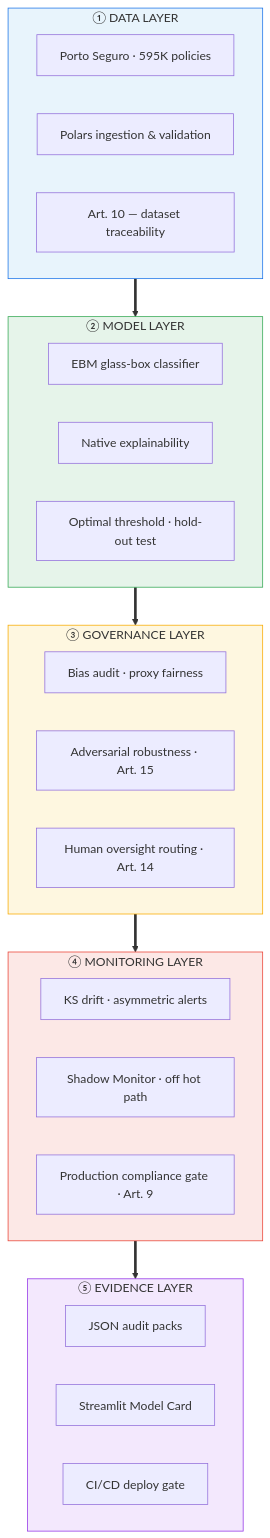
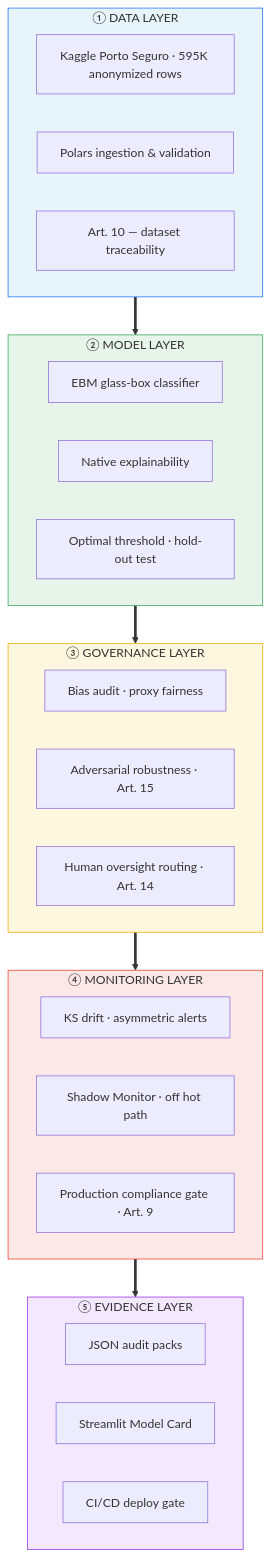
One commit to tshapedconsultant/porto-seguro-compliance-hub changed the diagram in README.md. Above: the diagram before and after it, drawn with Mermaid. The commit also changed other lines of this file and 30 other files, not shown here.

Commit message:
Publish AEPD/governed demos, align README with CI, and add the v2 service roadmap.

````diff
--- a/README.md
+++ b/README.md
@@ -10,45 +15,45 @@
 ```mermaid
 flowchart TB
     subgraph DATA["① DATA LAYER"]
         direction LR
-        D1["Porto Seguro · 595K policies"]
+        D1["Kaggle Porto Seguro · 595K anonymized rows"]
         D2["Polars ingestion & validation"]
         D3["Art. 10 — dataset traceability"]
     end
 
     subgraph MODEL["② MODEL LAYER"]
         direction LR
         M1["EBM glass-box classifier"]
         M2["Native explainability"]
         M3["Optimal threshold · hold-out test"]
     end
 
     subgraph GOV["③ GOVERNANCE LAYER"]
         direction LR
         G1["Bias audit · proxy fairness"]
         G2["Adversarial robustness · Art. 15"]
         G3["Human oversight routing · Art. 14"]
     end
 
     subgraph MON["④ MONITORING LAYER"]
         direction LR
         N1["KS drift · asymmetric alerts"]
         N2["Shadow Monitor · off hot path"]
         N3["Production compliance gate · Art. 9"]
     end
 
     subgraph EVD["⑤ EVIDENCE LAYER"]
         direction LR
         E1["JSON audit packs"]
         E2["Streamlit Model Card"]
         E3["CI/CD deploy gate"]
     end
 
     DATA ==> MODEL ==> GOV ==> MON ==> EVD
 
     style DATA fill:#e8f4fc,stroke:#1a73e8
     style MODEL fill:#e6f4ea,stroke:#34a853
     style GOV fill:#fef7e0,stroke:#f9ab00
     style MON fill:#fce8e6,stroke:#ea4335
     style EVD fill:#f3e8fd,stroke:#9334e6
 ```
````
